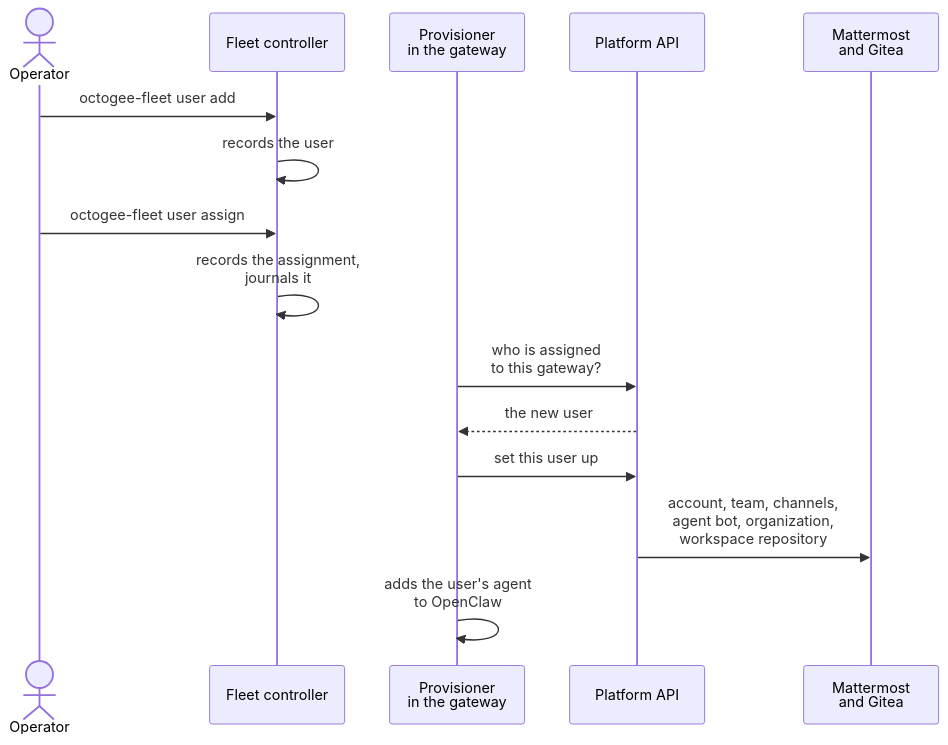
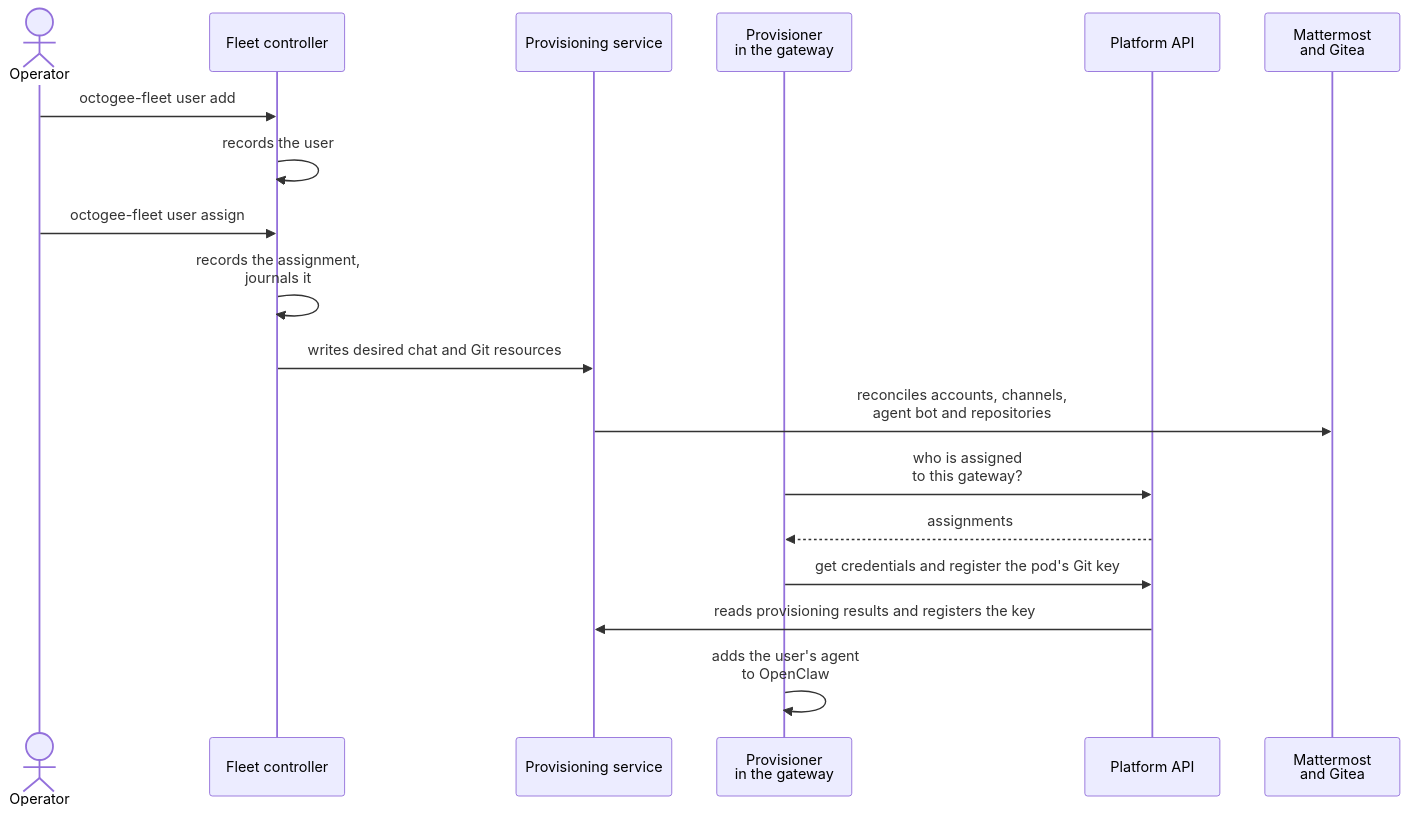
The fourth of 5 diagrams in README.md (octogee-ai/octogee-cloud), drawn with Mermaid before and after one commit. The commit also changed other lines of this file and 12 other files, not shown here.

````diff
--- a/README.md
+++ b/README.md
@@ -193,18 +199,21 @@
 ```mermaid
 sequenceDiagram
   actor Operator
   participant Controller as Fleet controller
+  participant Service as Provisioning service
   participant Provisioner as Provisioner<br/>in the gateway
   participant API as Platform API
   participant Hosts as Mattermost<br/>and Gitea
 
   Operator->>Controller: octogee-fleet user add
   Controller->>Controller: records the user
   Operator->>Controller: octogee-fleet user assign
   Controller->>Controller: records the assignment,<br/>journals it
+  Controller->>Service: writes desired chat and Git resources
+  Service->>Hosts: reconciles accounts, channels,<br/>agent bot and repositories
   Provisioner->>API: who is assigned<br/>to this gateway?
-  API-->>Provisioner: the new user
-  Provisioner->>API: set this user up
-  API->>Hosts: account, team, channels,<br/>agent bot, organization,<br/>workspace repository
+  API-->>Provisioner: assignments
+  Provisioner->>API: get credentials and register the pod's Git key
+  API->>Service: reads provisioning results and registers the key
   Provisioner->>Provisioner: adds the user's agent<br/>to OpenClaw
 ```
````
